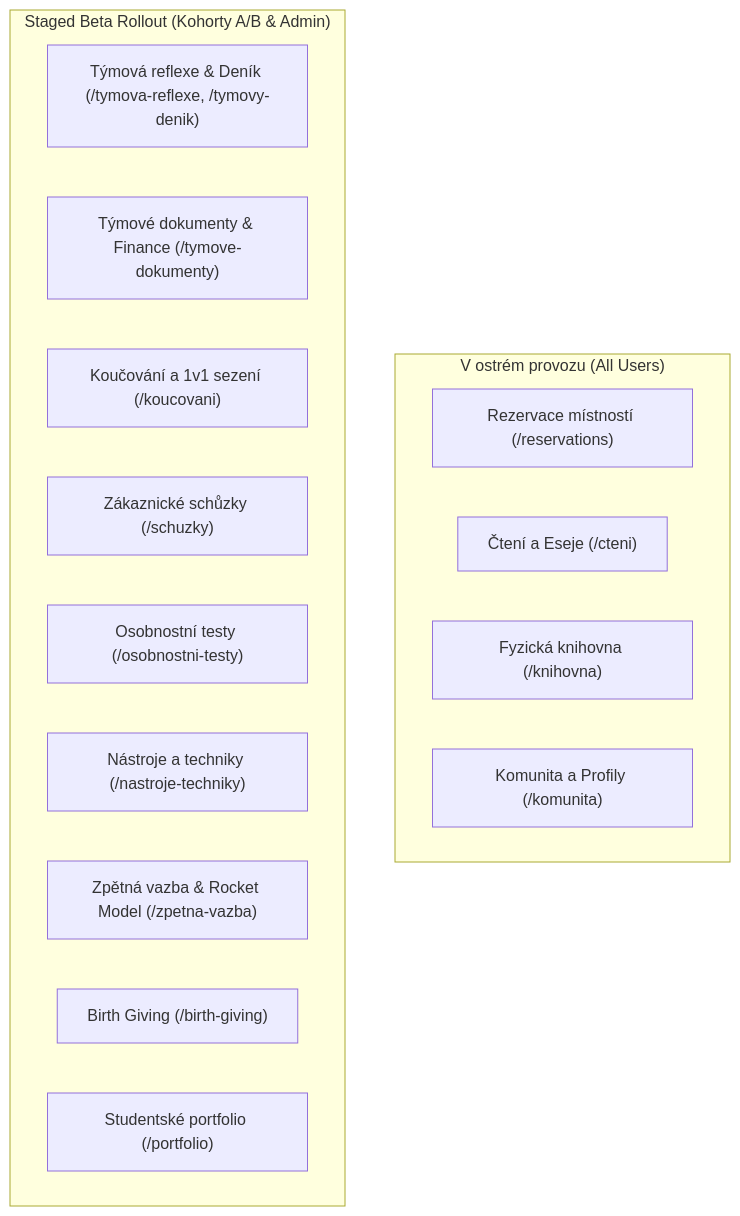
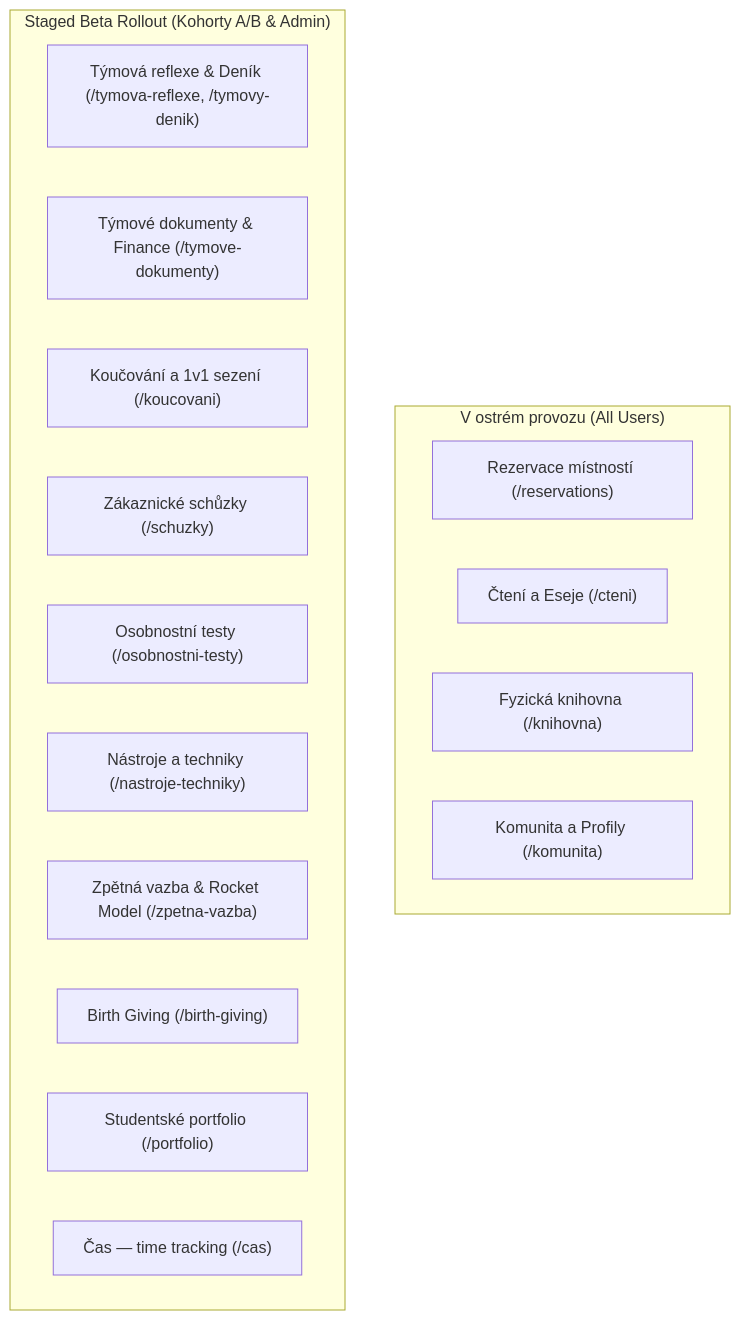
The diagram in docs/modules/overview.md (spirit-of-tap/Tappka), drawn with Mermaid before and after one commit. The commit also changed other lines of this file and 83 other files, not shown here.

First line of the commit message:
feat(cas): add time tracking module (Training / Reading / Practise)

````diff
--- a/docs/modules/overview.md
+++ b/docs/modules/overview.md
@@ -13,21 +13,22 @@
 ```mermaid
 graph TD
   subgraph Production ["V ostrém provozu (All Users)"]
     Res["Rezervace místností (/reservations)"]
     Read["Čtení a Eseje (/cteni)"]
     Lib["Fyzická knihovna (/knihovna)"]
     Kom["Komunita a Profily (/komunita)"]
   end
 
   subgraph BetaCohort ["Staged Beta Rollout (Kohorty A/B & Admin)"]
     Refl["Týmová reflexe & Deník (/tymova-reflexe, /tymovy-denik)"]
     Docs["Týmové dokumenty & Finance (/tymove-dokumenty)"]
     Coach["Koučování a 1v1 sezení (/koucovani)"]
     Meet["Zákaznické schůzky (/schuzky)"]
     Diag["Osobnostní testy (/osobnostni-testy)"]
     Tools["Nástroje a techniky (/nastroje-techniky)"]
     Feed["Zpětná vazba & Rocket Model (/zpetna-vazba)"]
     Birth["Birth Giving (/birth-giving)"]
     Port["Studentské portfolio (/portfolio)"]
+    Cas["Čas — time tracking (/cas)"]
   end
 ```
````
